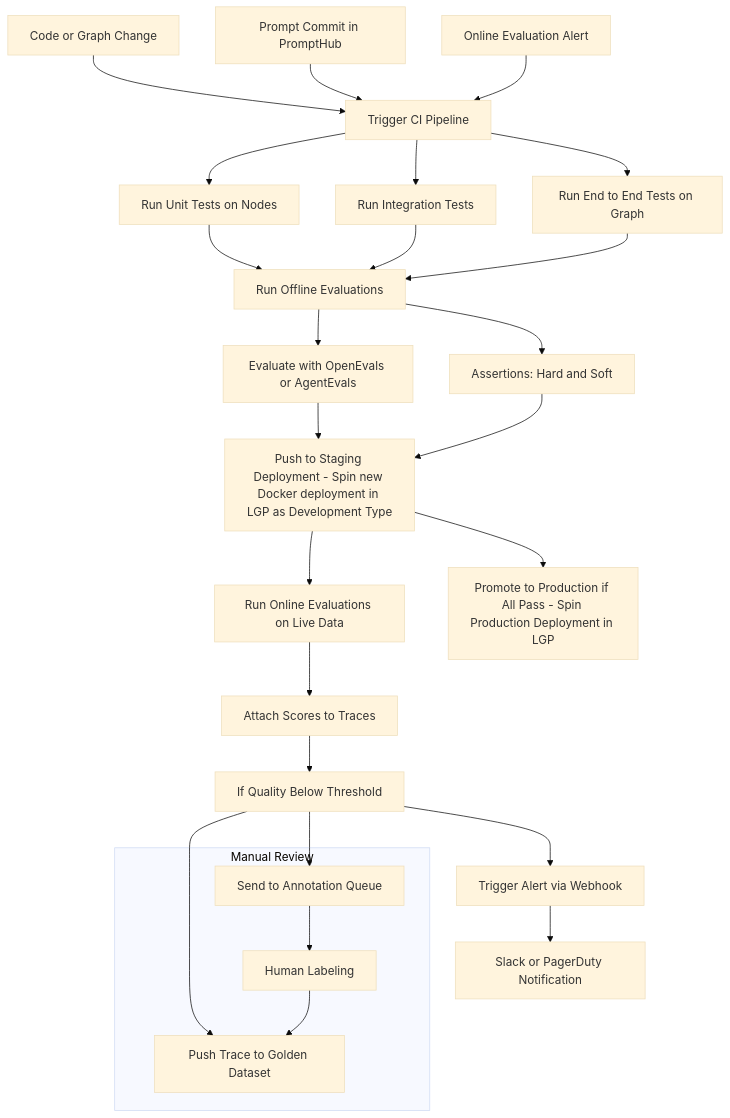
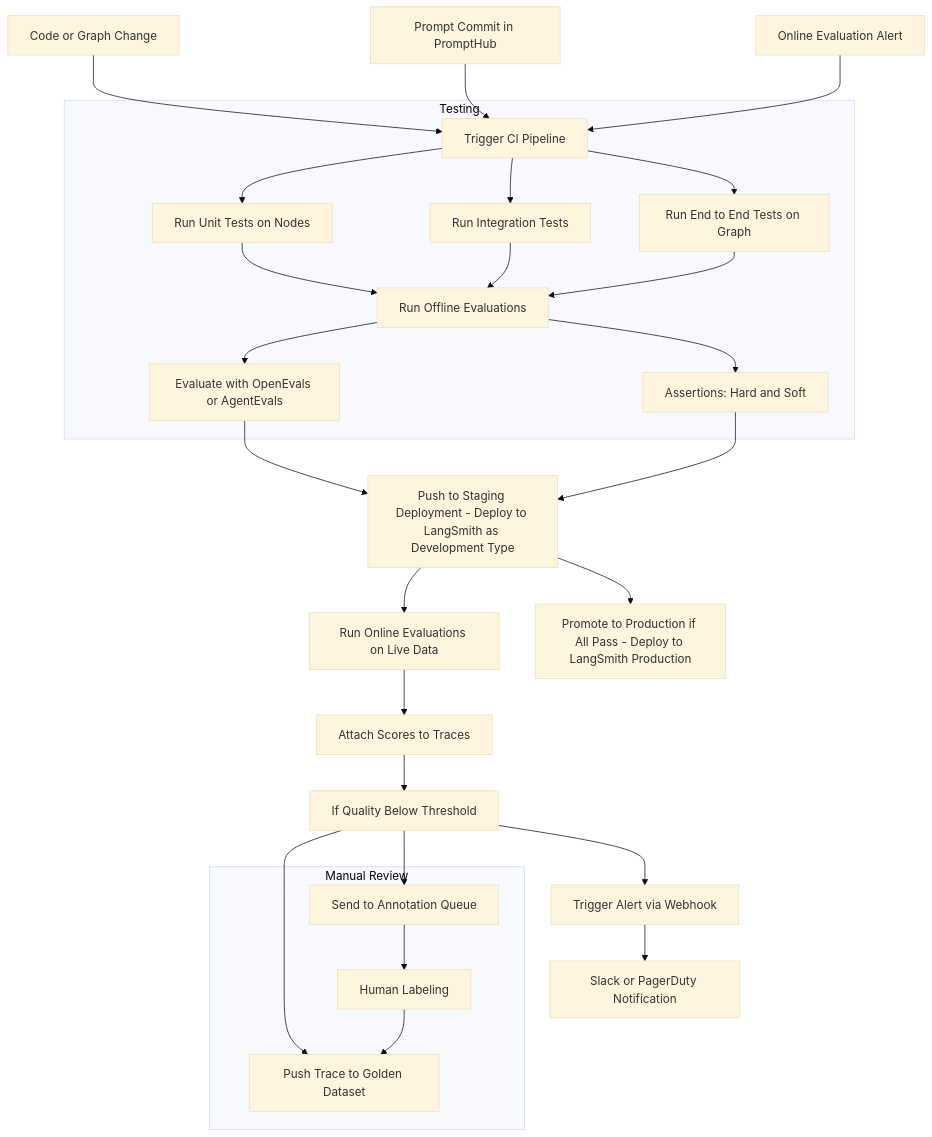
One commit to avirath-kumar/cicd-pipeline-example changed the second of 2 diagrams in README.md. Above: the diagram before and after it, drawn with Mermaid (base theme). The commit also changed other lines of this file, not shown here.

Commit message:
docs: fix diagrams

````diff
--- a/README.md
+++ b/README.md
@@ -301,38 +309,40 @@
 ```mermaid
 graph TD
     A1[Code or Graph Change] --> B1[Trigger CI Pipeline]
     A2[Prompt Commit in PromptHub] --> B1
     A3[Online Evaluation Alert] --> B1
 
-    B1 --> C1[Run Unit Tests on Nodes]
-    B1 --> C2[Run Integration Tests]
-    B1 --> C3[Run End to End Tests on Graph]
+    subgraph "Testing"
+        B1 --> C1[Run Unit Tests on Nodes]
+        B1 --> C2[Run Integration Tests]
+        B1 --> C3[Run End to End Tests on Graph]
 
-    C1 --> D1[Run Offline Evaluations]
-    C2 --> D1
-    C3 --> D1
+        C1 --> D1[Run Offline Evaluations]
+        C2 --> D1
+        C3 --> D1
 
-    D1 --> E1[Evaluate with OpenEvals or AgentEvals]
-    D1 --> E2[Assertions: Hard and Soft]
+        D1 --> E1[Evaluate with OpenEvals or AgentEvals]
+        D1 --> E2[Assertions: Hard and Soft]
+    end
 
-    E1 --> F1[Push to Staging Deployment - Spin new Docker deployment in LGP as Development Type]
+    E1 --> F1[Push to Staging Deployment - Deploy to LangSmith as Development Type]
     E2 --> F1
 
     F1 --> G1[Run Online Evaluations on Live Data]
     G1 --> H1[Attach Scores to Traces]
 
     H1 --> I1[If Quality Below Threshold]
     I1 --> J1[Send to Annotation Queue]
     I1 --> J2[Trigger Alert via Webhook]
     I1 --> J3[Push Trace to Golden Dataset]
 
-    F1 --> K1[Promote to Production if All Pass - Spin Production Deployment in LGP]
+    F1 --> K1[Promote to Production if All Pass - Deploy to LangSmith Production]
 
     J2 --> L1[Slack or PagerDuty Notification]
 
     subgraph Manual Review
         J1 --> M1[Human Labeling]
         M1 --> J3
     end
 
 ```
````
